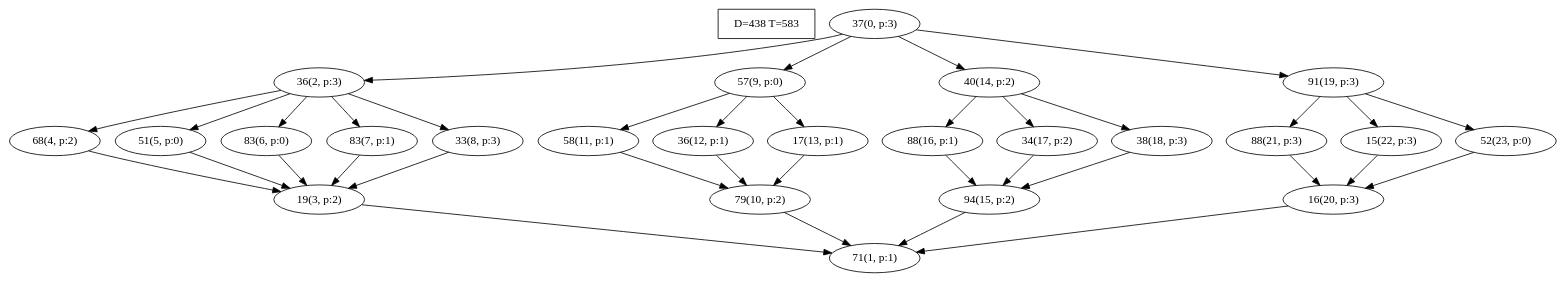
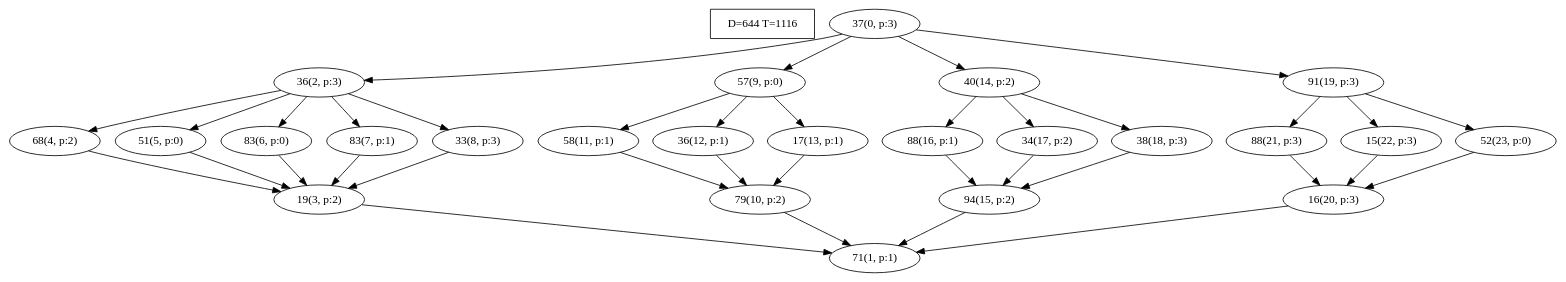
The diagram in res/generated_dags/taskset_20/task_0.dot (gzqx/global-dag-randomization), drawn with Graphviz before and after one commit. The commit also changed 119 other files, not shown here.

```diff
--- a/res/generated_dags/taskset_20/task_0.dot
+++ b/res/generated_dags/taskset_20/task_0.dot
@@ -1,63 +1,63 @@
 digraph Task {
-i [shape=box, label="D=438 T=583"]; 
+i [shape=box, label="D=644 T=1116"]; 
 0 [label="37(0, p:3)"];
 1 [label="71(1, p:1)"];
 2 [label="36(2, p:3)"];
 3 [label="19(3, p:2)"];
 4 [label="68(4, p:2)"];
 5 [label="51(5, p:0)"];
 6 [label="83(6, p:0)"];
 7 [label="83(7, p:1)"];
 8 [label="33(8, p:3)"];
 9 [label="57(9, p:0)"];
 10 [label="79(10, p:2)"];
 11 [label="58(11, p:1)"];
 12 [label="36(12, p:1)"];
 13 [label="17(13, p:1)"];
 14 [label="40(14, p:2)"];
 15 [label="94(15, p:2)"];
 16 [label="88(16, p:1)"];
 17 [label="34(17, p:2)"];
 18 [label="38(18, p:3)"];
 19 [label="91(19, p:3)"];
 20 [label="16(20, p:3)"];
 21 [label="88(21, p:3)"];
 22 [label="15(22, p:3)"];
 23 [label="52(23, p:0)"];
 0 -> 2;
 0 -> 9;
 0 -> 14;
 0 -> 19;
 2 -> 4;
 2 -> 5;
 2 -> 6;
 2 -> 7;
 2 -> 8;
 3 -> 1;
 4 -> 3;
 5 -> 3;
 6 -> 3;
 7 -> 3;
 8 -> 3;
 9 -> 11;
 9 -> 12;
 9 -> 13;
 10 -> 1;
 11 -> 10;
 12 -> 10;
 13 -> 10;
 14 -> 16;
 14 -> 17;
 14 -> 18;
 15 -> 1;
 16 -> 15;
 17 -> 15;
 18 -> 15;
 19 -> 21;
 19 -> 22;
 19 -> 23;
 20 -> 1;
 21 -> 20;
 22 -> 20;
 23 -> 20;
 }
```
